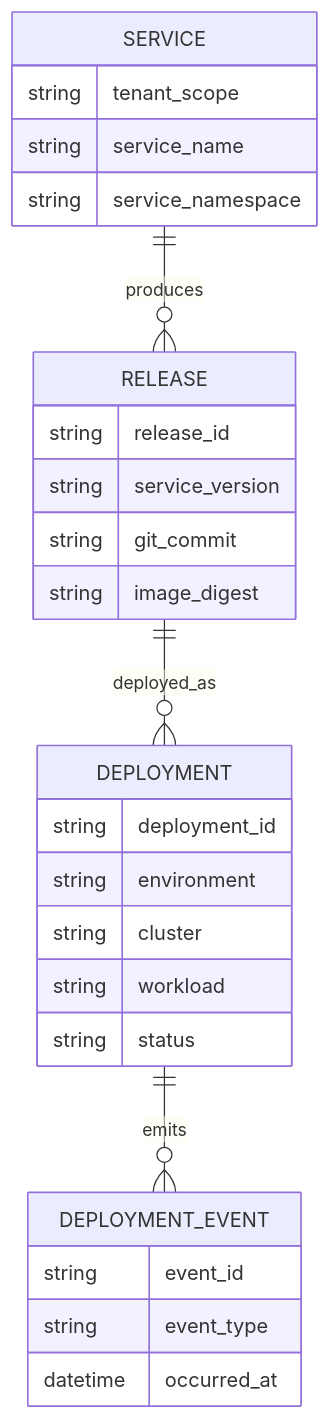
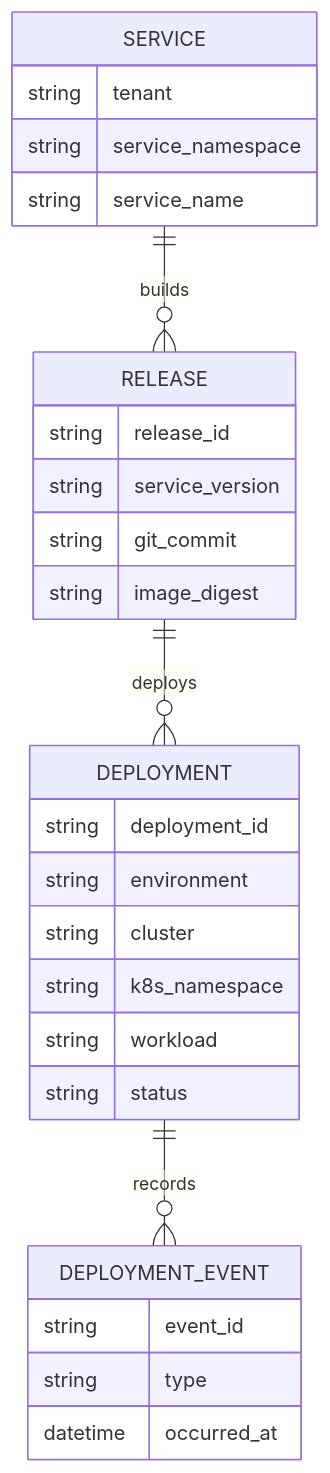
The third of 4 diagrams in docs/architecture.md (datafoxlabs/datafox-kubernetes), drawn with Mermaid before and after one commit. The commit also changed other lines of this file, not shown here.

Commit message:
docs: rebuild Kubernetes integration architecture around system boundaries and data flows

```diff
--- a/docs/architecture.md
+++ b/docs/architecture.md
@@ -271,29 +186,31 @@
 ~~~mermaid
 erDiagram
-  SERVICE ||--o{ RELEASE : produces
-  RELEASE ||--o{ DEPLOYMENT : deployed_as
-  DEPLOYMENT ||--o{ DEPLOYMENT_EVENT : emits
-  SERVICE {
-    string tenant_scope
-    string service_name
-    string service_namespace
-  }
-  RELEASE {
-    string release_id
-    string service_version
-    string git_commit
-    string image_digest
-  }
-  DEPLOYMENT {
-    string deployment_id
-    string environment
-    string cluster
-    string workload
-    string status
-  }
-  DEPLOYMENT_EVENT {
-    string event_id
-    string event_type
-    datetime occurred_at
-  }
+    SERVICE ||--o{ RELEASE : builds
+    RELEASE ||--o{ DEPLOYMENT : deploys
+    DEPLOYMENT ||--o{ DEPLOYMENT_EVENT : records
+
+    SERVICE {
+        string tenant
+        string service_namespace
+        string service_name
+    }
+    RELEASE {
+        string release_id
+        string service_version
+        string git_commit
+        string image_digest
+    }
+    DEPLOYMENT {
+        string deployment_id
+        string environment
+        string cluster
+        string k8s_namespace
+        string workload
+        string status
+    }
+    DEPLOYMENT_EVENT {
+        string event_id
+        string type
+        datetime occurred_at
+    }
 ~~~
```
